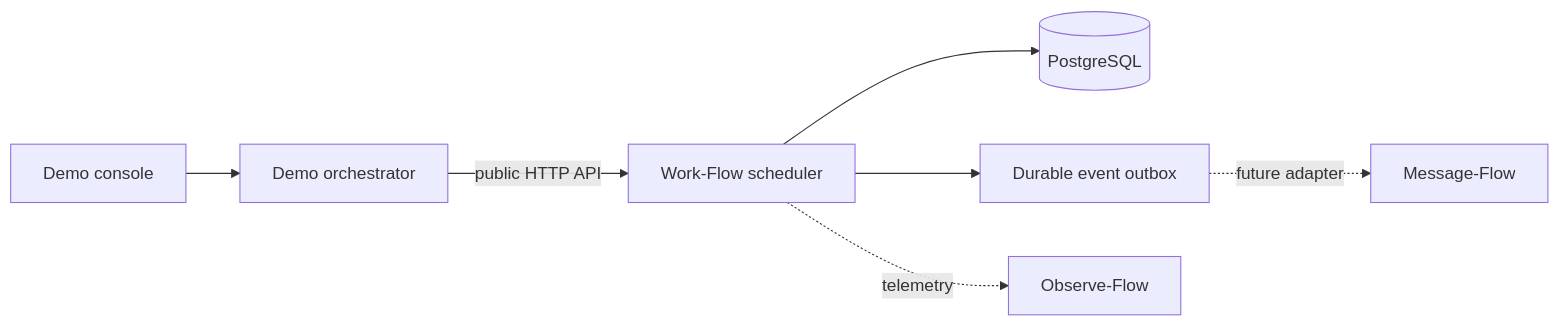
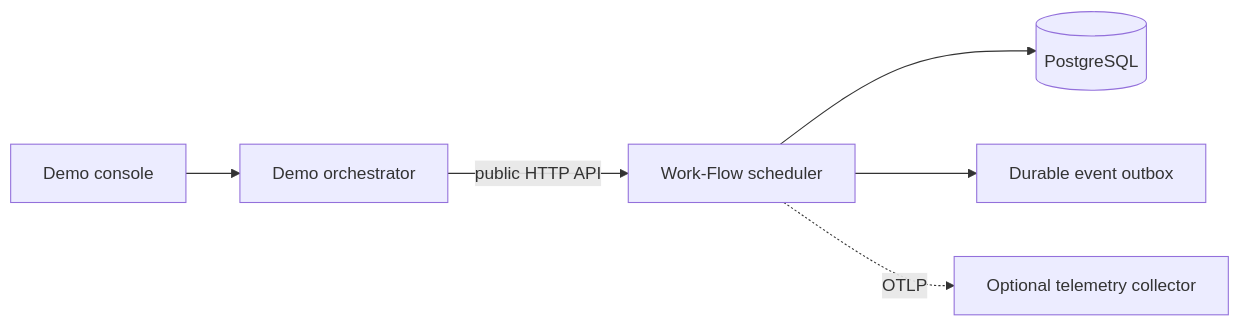
One commit to daksh-panchal/dispatch changed the diagram in README.md. Above: the diagram before and after it, drawn with Mermaid. The commit also changed other lines of this file, not shown here.

````diff
--- a/README.md
+++ b/README.md
@@ -26,9 +26,8 @@
 ```mermaid
 flowchart LR
     Browser[Demo console] --> Demo[Demo orchestrator]
     Demo -->|public HTTP API| Scheduler[Work-Flow scheduler]
     Scheduler --> Database[(PostgreSQL)]
     Scheduler --> Outbox[Durable event outbox]
-    Outbox -. future adapter .-> MessageFlow[Message-Flow]
-    Scheduler -. telemetry .-> ObserveFlow[Observe-Flow]
+    Scheduler -. OTLP .-> Collector[Optional telemetry collector]
 ```
````
